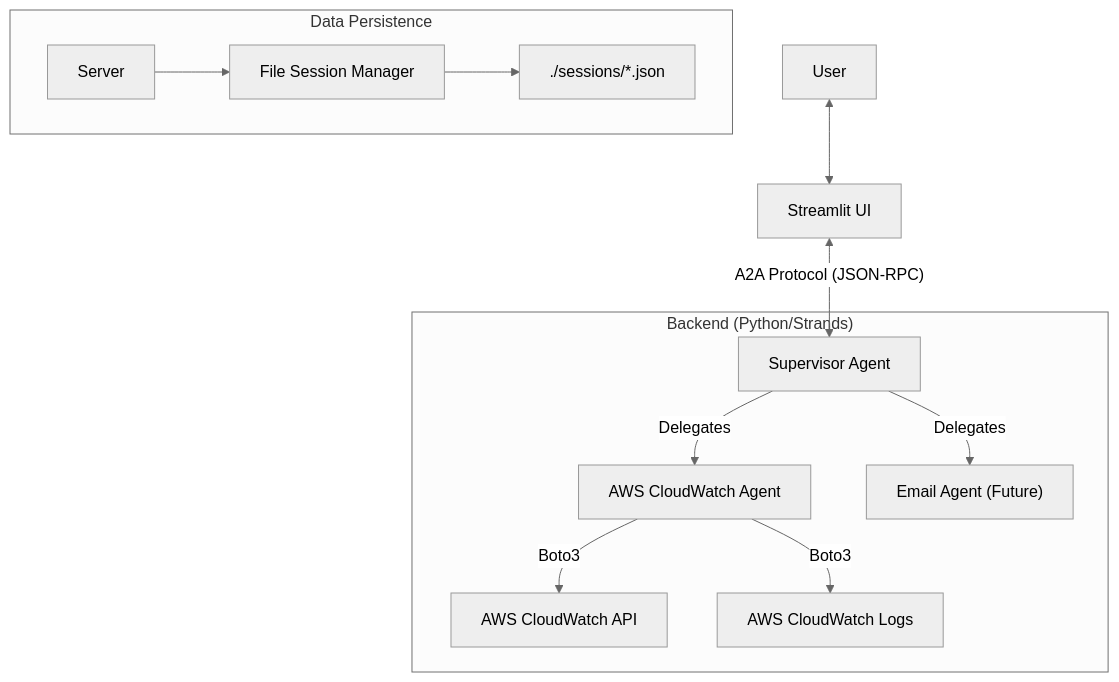
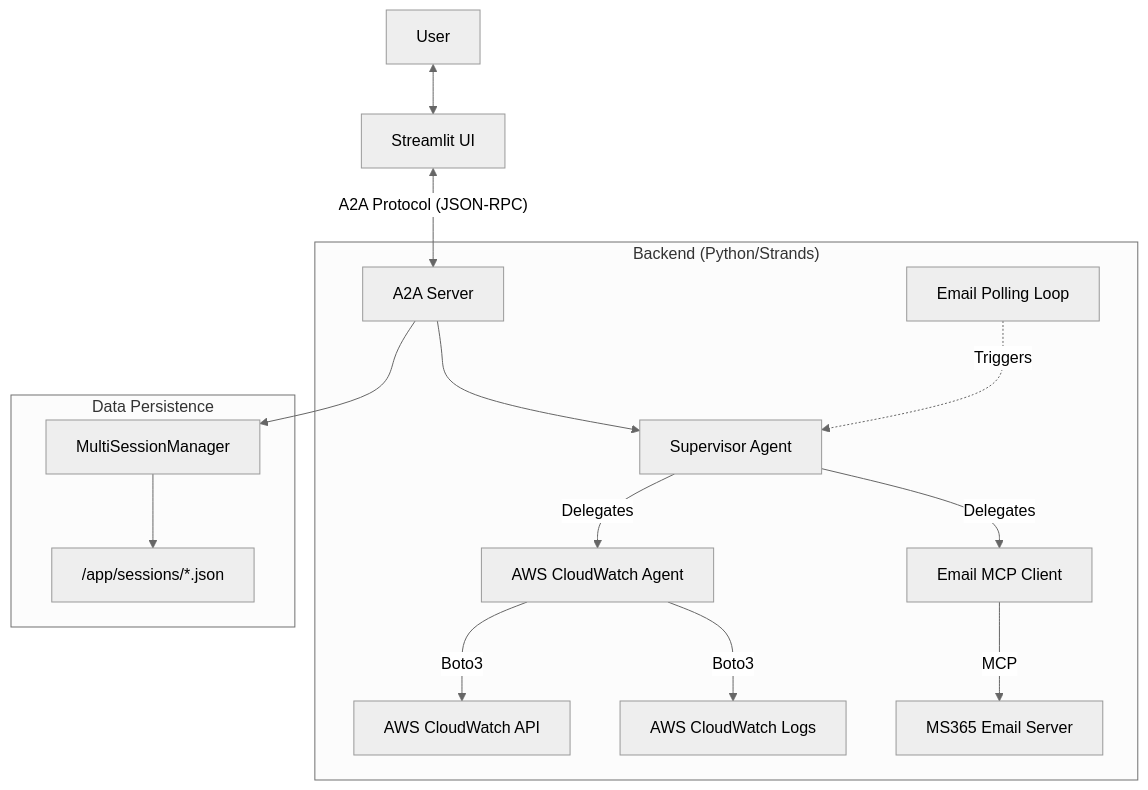
The diagram in architecture.md (thedevopsstore/DevopsAgent), drawn with Mermaid (neutral theme) before and after one commit. The commit also changed other lines of this file and 1 other file, not shown here.

````diff
--- a/architecture.md
+++ b/architecture.md
@@ -10,18 +10,24 @@
 ```mermaid
 graph TD
     User[User] <--> UI[Streamlit UI]
-    UI <-->|"A2A Protocol (JSON-RPC)"| Supervisor[Supervisor Agent]
+    UI <-->|"A2A Protocol (JSON-RPC)"| Server[A2A Server]
     
     subgraph "Backend (Python/Strands)"
+        Server --> Supervisor[Supervisor Agent]
+        
         Supervisor -->|Delegates| AWS[AWS CloudWatch Agent]
-        Supervisor -->|Delegates| Email["Email Agent (Future)"]
+        Supervisor -->|Delegates| Email[Email MCP Client]
         
         AWS -->|Boto3| CloudWatch[AWS CloudWatch API]
         AWS -->|Boto3| Logs[AWS CloudWatch Logs]
+        
+        Email -->|MCP| MS365[MS365 Email Server]
+        
+        Polling[Email Polling Loop] -.->|Triggers| Supervisor
     end
     
     subgraph "Data Persistence"
-        Server --> Sessions[File Session Manager]
-        Sessions --> Disk[./sessions/*.json]
+        Server --> Sessions[MultiSessionManager]
+        Sessions --> Disk["/app/sessions/*.json"]
     end
 ```
````
